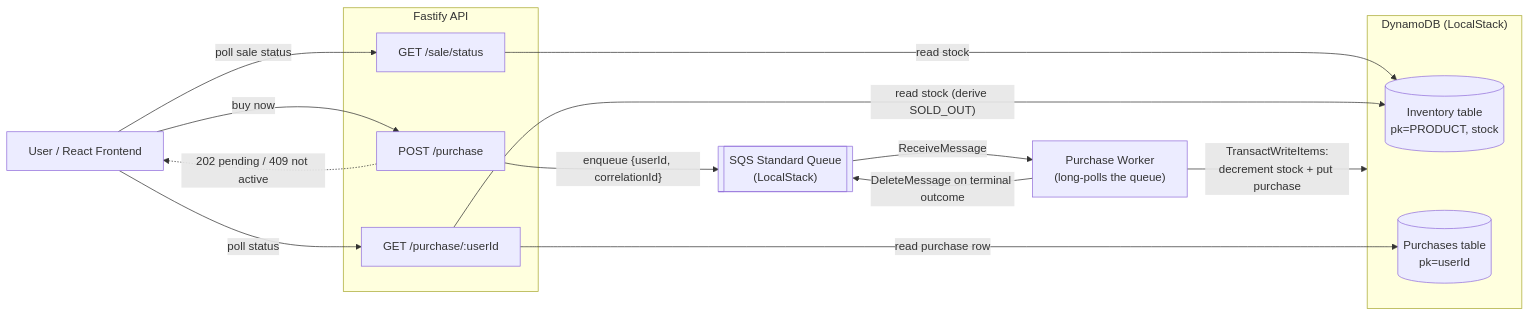
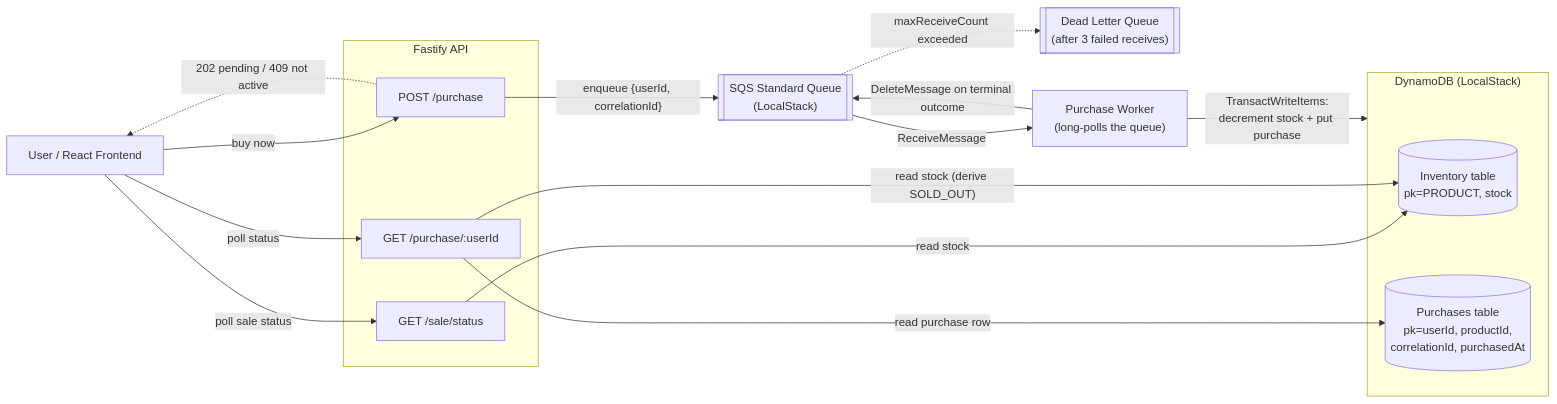
Before and after one commit to pjpagala/bookipi: the diagram in README.md, drawn with Mermaid. The commit also changed other lines of this file, not shown here.

Commit message:
docs: document SQS idempotency, dead-letter queue, and purchase record schema

````diff
--- a/README.md
+++ b/README.md
@@ -9,33 +9,35 @@
 ```mermaid
 flowchart LR
     User[User / React Frontend]
 
     subgraph API["Fastify API"]
         SaleStatus["GET /sale/status"]
         Purchase["POST /purchase"]
         CheckStatus["GET /purchase/:userId"]
     end
 
     Queue[["SQS Standard Queue<br/>(LocalStack)"]]
+    DLQ[["Dead Letter Queue<br/>(after 3 failed receives)"]]
     Worker["Purchase Worker<br/>(long-polls the queue)"]
 
     subgraph DB["DynamoDB (LocalStack)"]
         Inventory[("Inventory table<br/>pk=PRODUCT, stock")]
-        Purchases[("Purchases table<br/>pk=userId")]
+        Purchases[("Purchases table<br/>pk=userId, productId,<br/>correlationId, purchasedAt")]
     end
 
     User -->|"buy now"| Purchase
     User -->|"poll status"| CheckStatus
     User -->|"poll sale status"| SaleStatus
 
     Purchase -->|"enqueue {userId, correlationId}"| Queue
     Purchase -.->|"202 pending / 409 not active"| User
 
     Queue -->|"ReceiveMessage"| Worker
     Worker -->|"TransactWriteItems:<br/>decrement stock + put purchase"| DB
     Worker -->|"DeleteMessage on terminal outcome"| Queue
+    Queue -.->|"maxReceiveCount exceeded"| DLQ
 
     SaleStatus -->|"read stock"| Inventory
     CheckStatus -->|"read purchase row"| Purchases
     CheckStatus -->|"read stock (derive SOLD_OUT)"| Inventory
 ```
````
